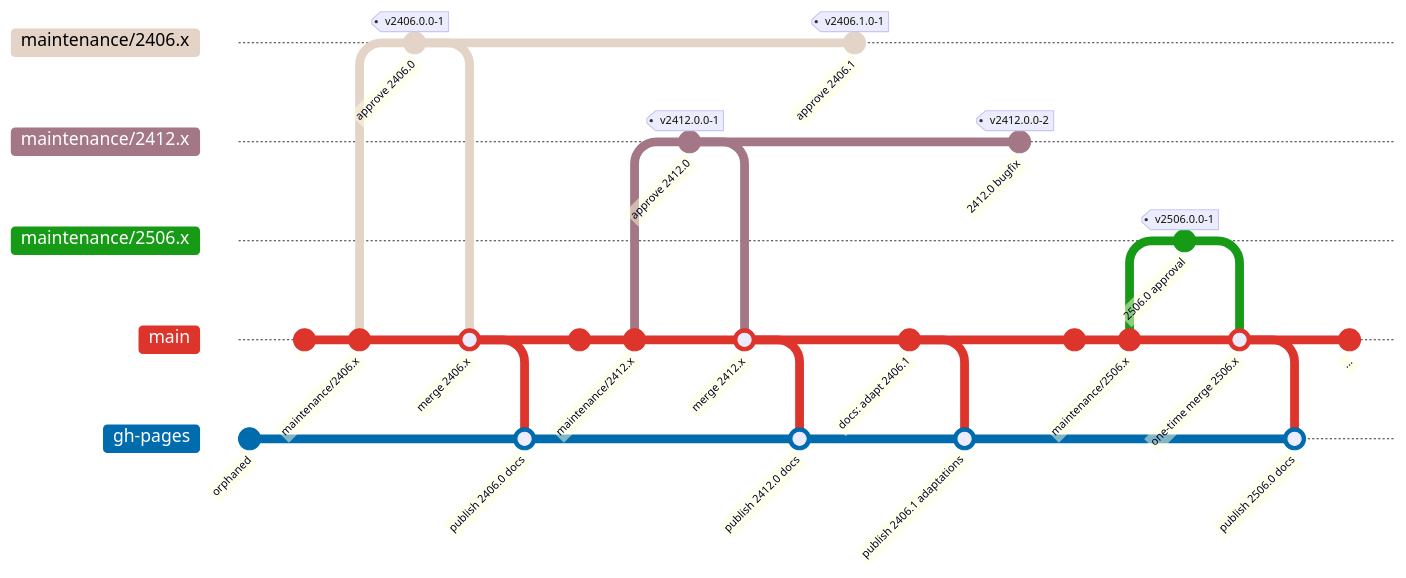
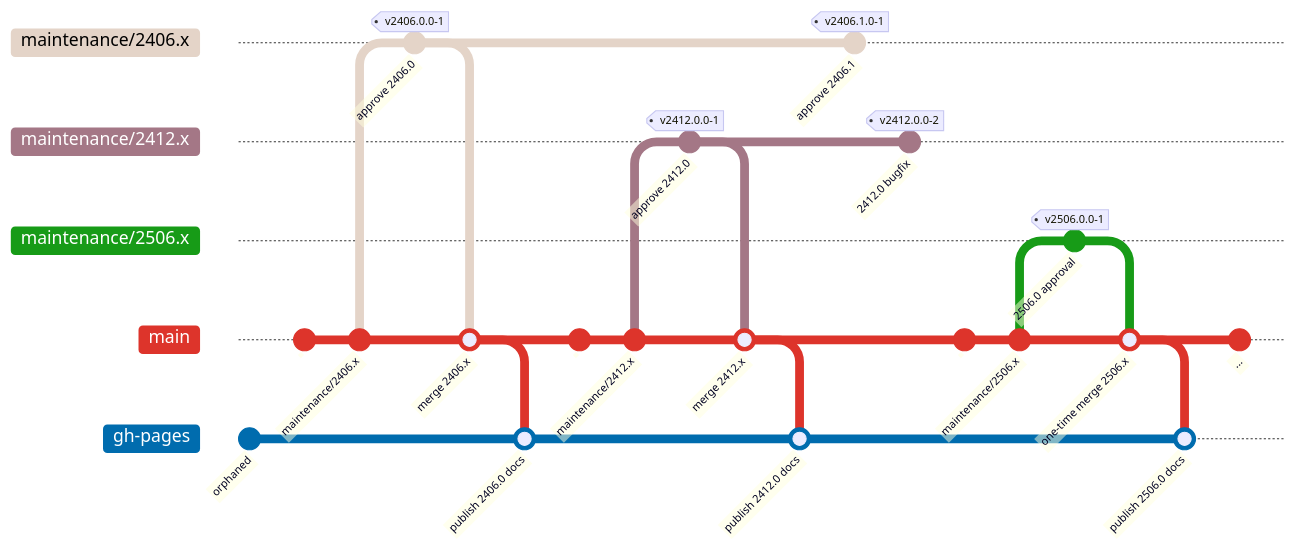
The diagram in website/dev/repository/branches.md (CoreMedia/coremedia-globallink-connect-integration), drawn with Mermaid before and after one commit.

Commit message:
docs(dev): Fix Branch Example
We won't adapt main documentation for minor release approvals anymore.
Removing corresponding change in git graph.

````diff
--- a/website/dev/repository/branches.md
+++ b/website/dev/repository/branches.md
@@ -11,62 +11,58 @@
 ```mermaid
 ---
 config:
   theme: 'default'
   themeVariables:
       'git0': '#e4d4c8'
       'git1': '#a47786'
       'git2': '#179b17'
       'git3': '#dd342b'
       'git4': '#006cae'
       'git5': '#9db6cc'
       'gitBranchLabel0': '#000000'
       'gitBranchLabel1': '#ffffff'
       'gitBranchLabel2': '#ffffff'
       'gitBranchLabel3': '#ffffff'
       'gitBranchLabel4': '#ffffff'
       'gitBranchLabel5': '#000000'
   gitGraph:
     mainBranchOrder: 97
 ---
 gitGraph:
   branch gh-pages order: 98
   commit id: "orphaned"
   checkout main
   commit id: " "
   commit id: "maintenance/2406.x"
   branch maintenance/2406.x
   commit id: "approve 2406.0" tag: "v2406.0.0-1"
   checkout main
   merge maintenance/2406.x id: "merge 2406.x"
   checkout gh-pages
   merge main id: "publish 2406.0 docs"
   checkout main
   commit id: "  "
   commit id: "maintenance/2412.x"
   branch maintenance/2412.x
   commit id: "approve 2412.0" tag: "v2412.0.0-1"
   checkout main
   merge maintenance/2412.x id: "merge 2412.x"
   checkout gh-pages
   merge main id: "publish 2412.0 docs"
   checkout main
   checkout maintenance/2406.x
   commit id: "approve 2406.1" tag: "v2406.1.0-1"
-  checkout main
-  commit id: "docs: adapt 2406.1"
-  checkout gh-pages
-  merge main id: "publish 2406.1 adaptations"
   checkout maintenance/2412.x
   commit id: "2412.0 bugfix" tag: "v2412.0.0-2"
   checkout main
   commit id: "   "
   commit id: "maintenance/2506.x"
   branch maintenance/2506.x
   commit id: "2506.0 approval" tag: "v2506.0.0-1"
   checkout main
   merge maintenance/2506.x id: "one-time merge 2506.x"
   checkout gh-pages
   merge main id: "publish 2506.0 docs"
   checkout main
   commit id: "..."
 ```
````
